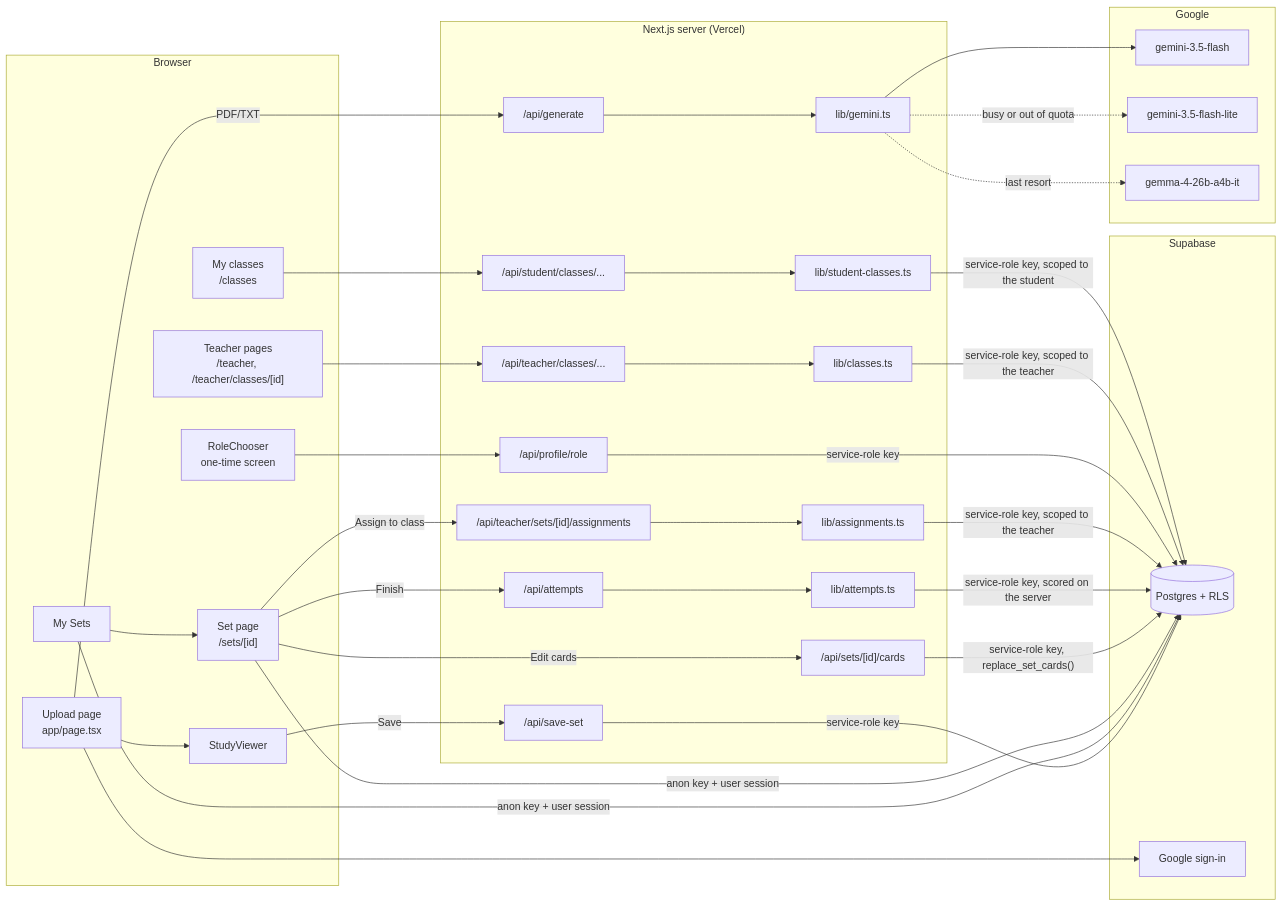
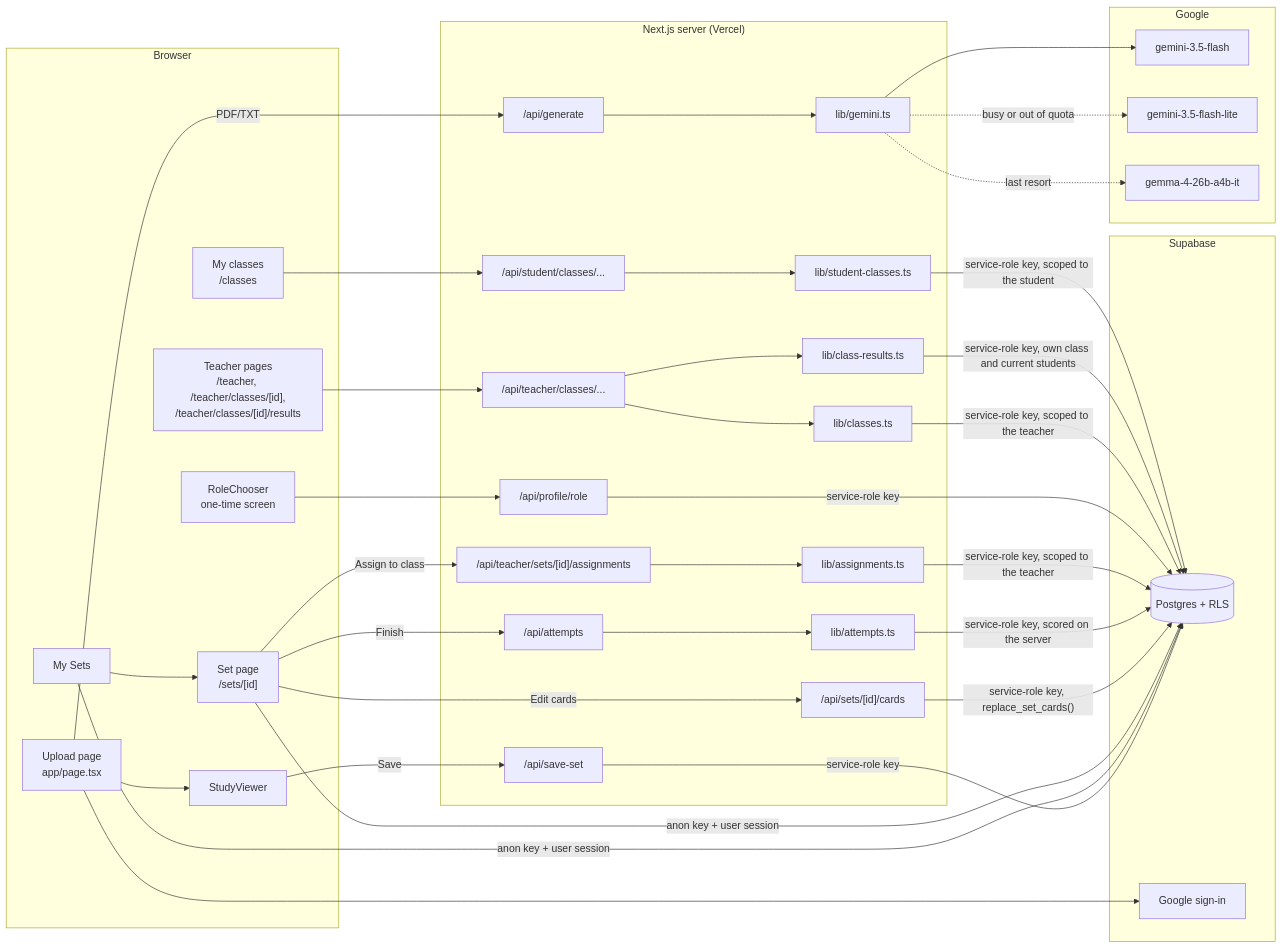
One commit to GABRIEL-CSTND/FlashForge changed the diagram in docs/ARCHITECTURE.md. Above: the diagram before and after it, drawn with Mermaid. The commit also changed other lines of this file and 14 other files, not shown here.

````diff
--- a/docs/ARCHITECTURE.md
+++ b/docs/ARCHITECTURE.md
@@ -8,44 +8,46 @@
 ```mermaid
 flowchart LR
   subgraph Browser
     U[Upload page<br/>app/page.tsx] --> SV[StudyViewer]
     MS[My Sets] --> SP["Set page<br/>/sets/[id]"]
     RC[RoleChooser<br/>one-time screen]
-    T["Teacher pages<br/>/teacher, /teacher/classes/[id]"]
+    T["Teacher pages<br/>/teacher, /teacher/classes/[id],<br/>/teacher/classes/[id]/results"]
     MC["My classes<br/>/classes"]
   end
   subgraph "Next.js server (Vercel)"
     G["/api/generate"] --> AI[lib/gemini.ts]
     S["/api/save-set"]
     EC["/api/sets/[id]/cards"]
     AS["/api/teacher/sets/[id]/assignments"] --> ASL[lib/assignments.ts]
     R["/api/profile/role"]
     TC["/api/teacher/classes/..."] --> CL[lib/classes.ts]
+    TC --> CR[lib/class-results.ts]
     SC["/api/student/classes/..."] --> SCL[lib/student-classes.ts]
     AT["/api/attempts"] --> ATL[lib/attempts.ts]
   end
   subgraph Google
     AI --> M1[gemini-3.5-flash]
     AI -.->|busy or out of quota| M2[gemini-3.5-flash-lite]
     AI -.->|last resort| M3[gemma-4-26b-a4b-it]
   end
   subgraph Supabase
     DB[(Postgres + RLS)]
     AUTH[Google sign-in]
   end
   U -->|PDF/TXT| G
   SV -->|Save| S -->|service-role key| DB
   MS -->|anon key + user session| DB
   SP -->|anon key + user session| DB
   SP -->|Edit cards| EC -->|"service-role key, replace_set_cards()"| DB
   SP -->|Assign to class| AS
   SP -->|Finish| AT
   ATL -->|service-role key, scored on the server| DB
   ASL -->|service-role key, scoped to the teacher| DB
   U --> AUTH
   RC --> R -->|service-role key| DB
   T --> TC
   CL -->|service-role key, scoped to the teacher| DB
+  CR -->|service-role key, own class and current students| DB
   MC --> SC
   SCL -->|service-role key, scoped to the student| DB
 ```
````
